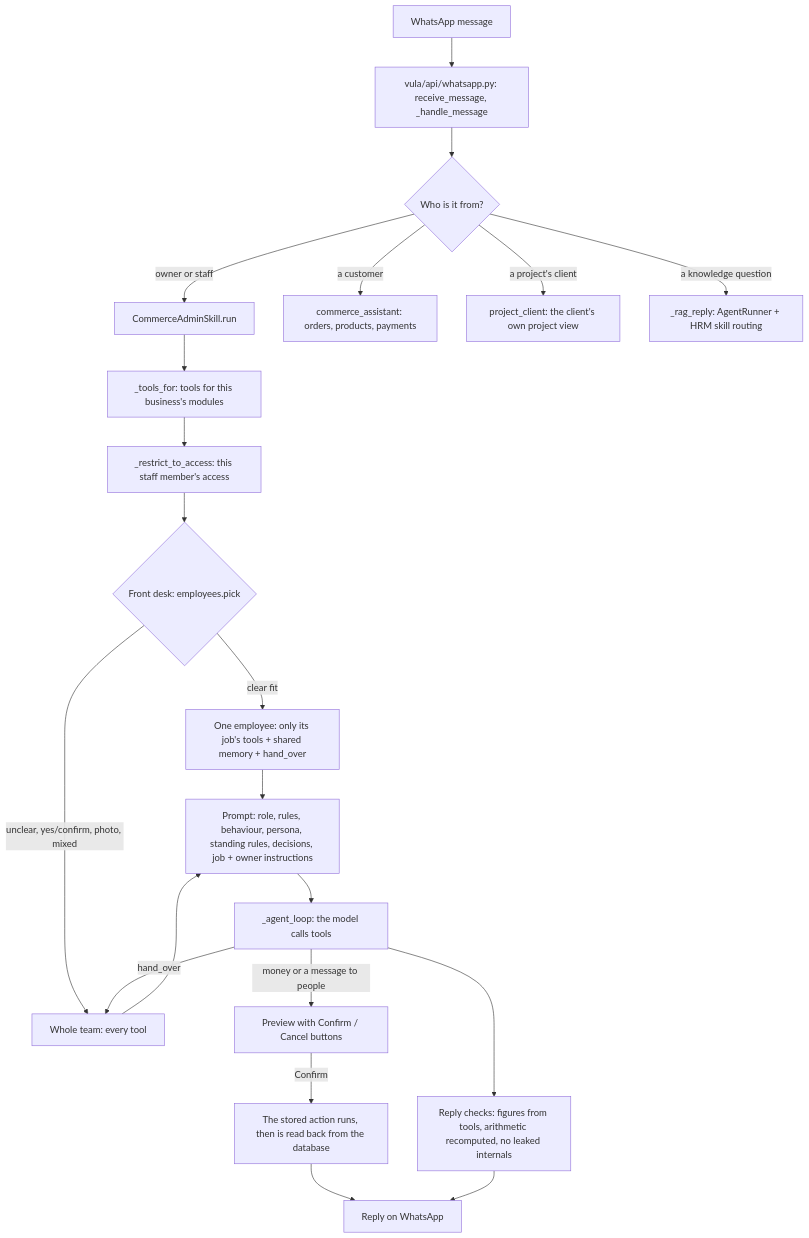
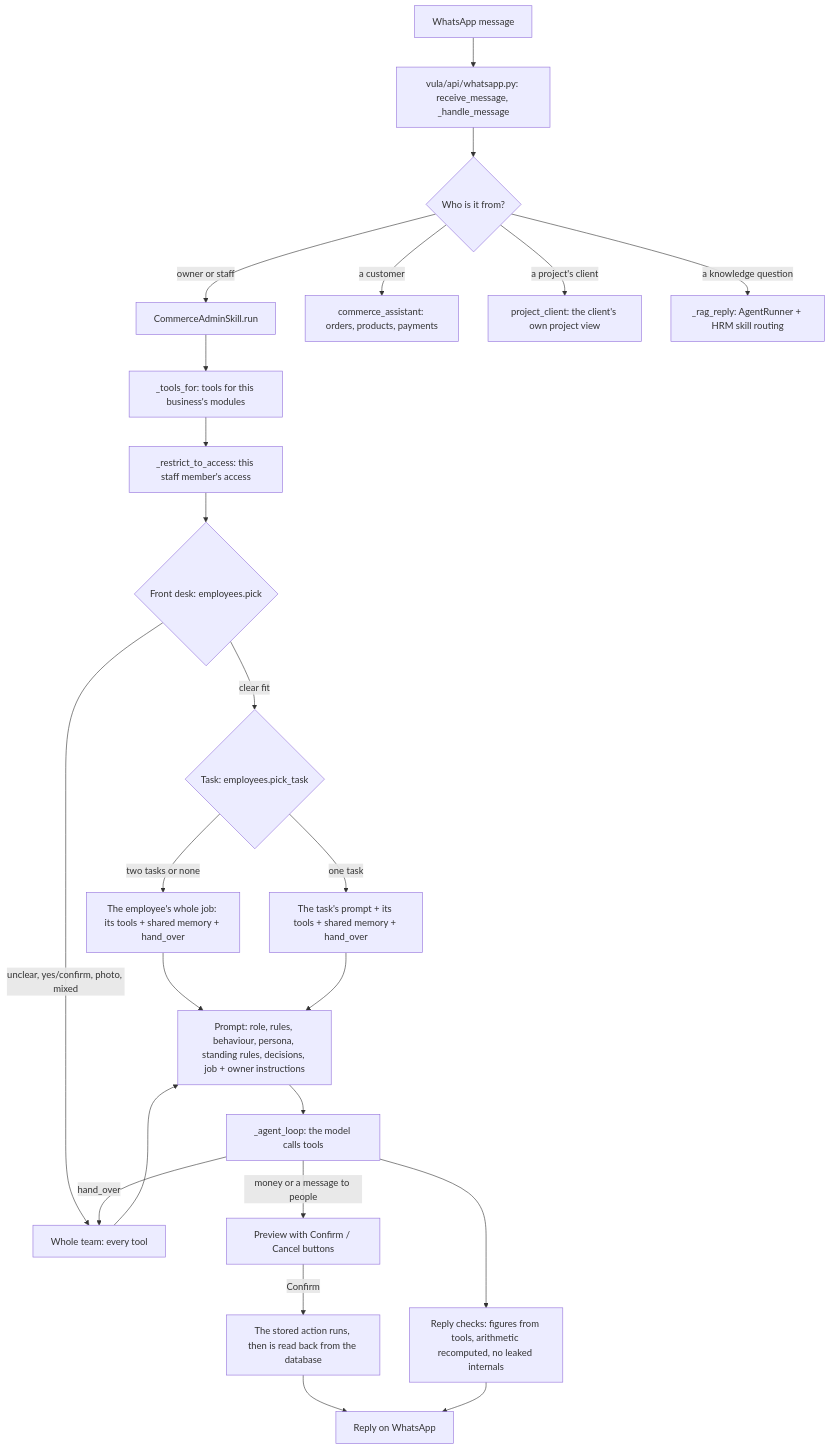
Before and after one commit to Awehbelekker/Vula-Group: the diagram in docs/ai-employees.md, drawn with Mermaid. The commit also changed other lines of this file and 38 other files, not shown here.

````diff
--- a/docs/ai-employees.md
+++ b/docs/ai-employees.md
@@ -9,23 +9,26 @@
 ```mermaid
 flowchart TD
   A[WhatsApp message] --> B[vula/api/whatsapp.py: receive_message, _handle_message]
   B --> C{Who is it from?}
   C -->|owner or staff| D[CommerceAdminSkill.run]
   C -->|a customer| E[commerce_assistant: orders, products, payments]
   C -->|a project's client| F[project_client: the client's own project view]
   C -->|a knowledge question| G[_rag_reply: AgentRunner + HRM skill routing]
   D --> H[_tools_for: tools for this business's modules]
   H --> I[_restrict_to_access: this staff member's access]
   I --> J{Front desk: employees.pick}
-  J -->|clear fit| K[One employee: only its job's tools + shared memory + hand_over]
+  J -->|clear fit| T{Task: employees.pick_task}
+  T -->|one task| K[The task's prompt + its tools + shared memory + hand_over]
+  T -->|two tasks or none| K2[The employee's whole job: its tools + shared memory + hand_over]
+  K2 --> M
   J -->|unclear, yes/confirm, photo, mixed| L[Whole team: every tool]
   K --> M[Prompt: role, rules, behaviour, persona, standing rules, decisions, job + owner instructions]
   L --> M
   M --> N[_agent_loop: the model calls tools]
   N -->|hand_over| L
   N -->|money or a message to people| O[Preview with Confirm / Cancel buttons]
   O -->|Confirm| P[The stored action runs, then is read back from the database]
   N --> Q[Reply checks: figures from tools, arithmetic recomputed, no leaked internals]
   P --> R[Reply on WhatsApp]
   Q --> R
 ```
````
